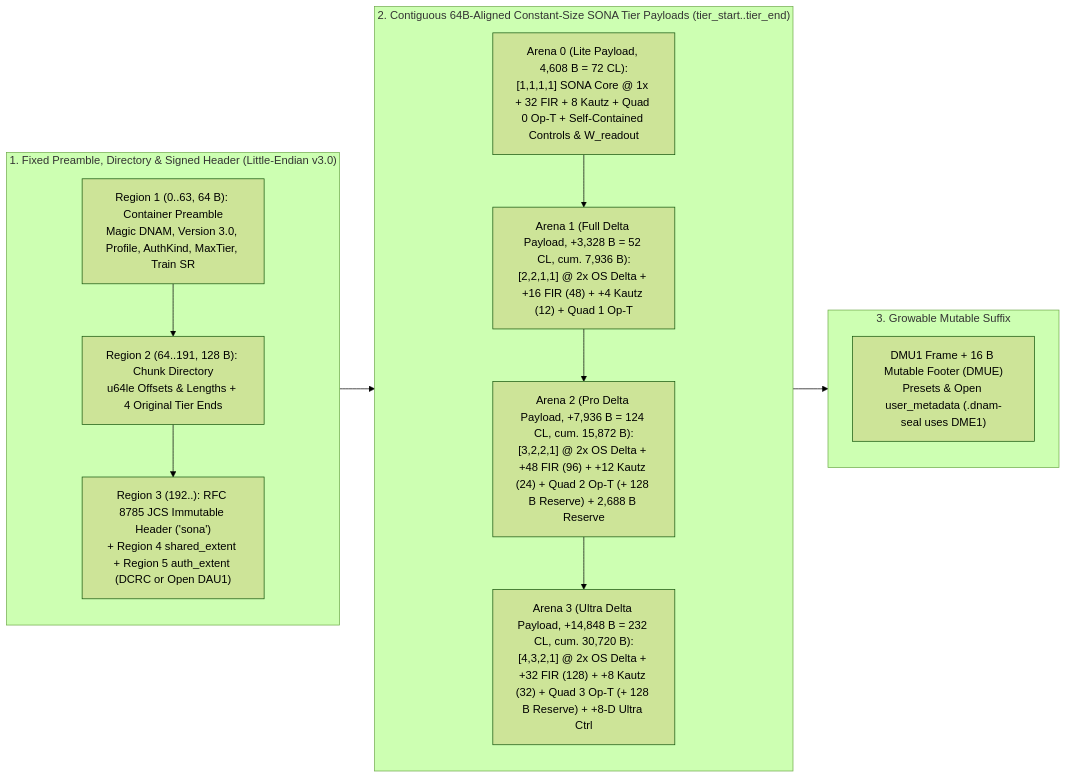
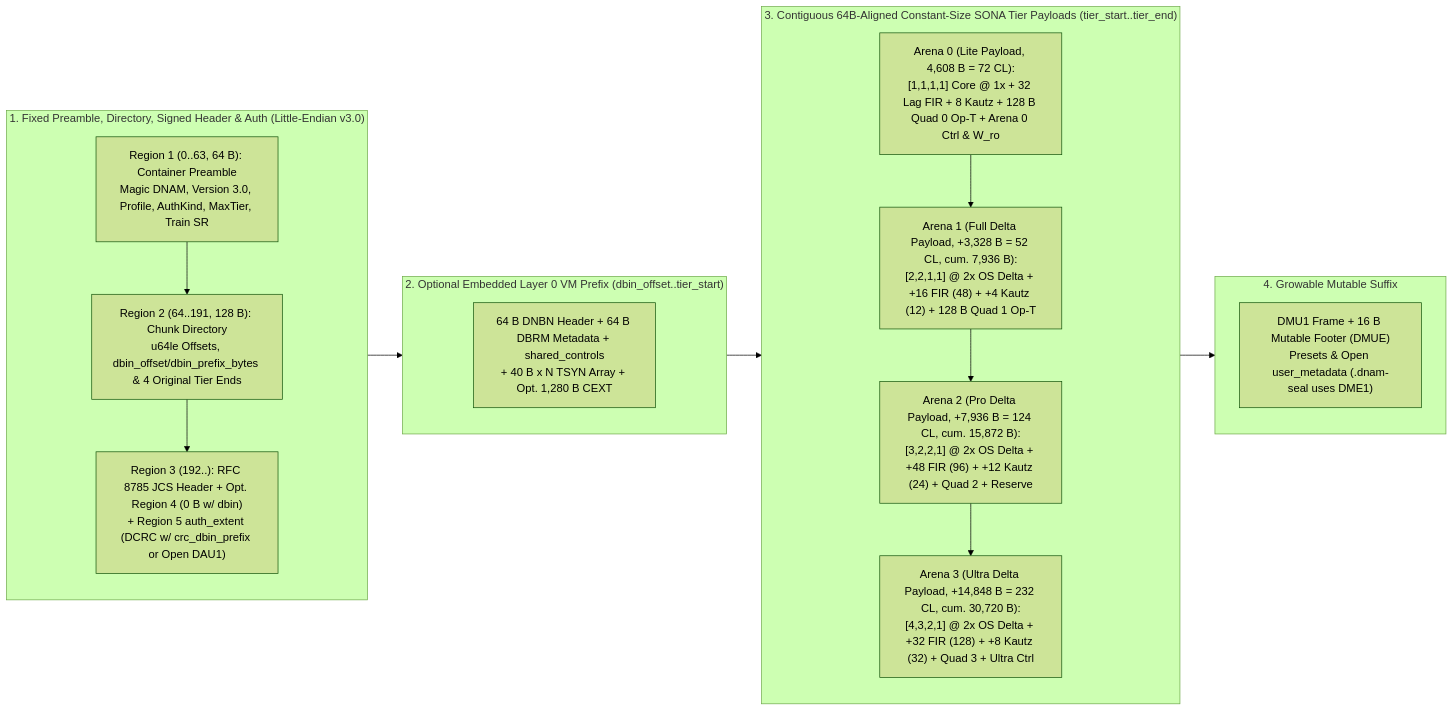
One commit to mokugen/dnam changed the diagram in docs/specs/containers/dnam_binary_format.md. Above: the diagram before and after it, drawn with Mermaid (forest theme). The commit also changed other lines of this file and 34 other files, not shown here.

````diff
--- a/docs/specs/containers/dnam_binary_format.md
+++ b/docs/specs/containers/dnam_binary_format.md
@@ -54,25 +57,29 @@
 ```mermaid
 flowchart LR
-    subgraph Header ["1. Fixed Preamble, Directory & Signed Header (Little-Endian v3.0)"]
+    subgraph Header ["1. Fixed Preamble, Directory, Signed Header & Auth (Little-Endian v3.0)"]
         direction TB
         P["Region 1 (0..63, 64 B): Container Preamble<br/>Magic DNAM, Version 3.0, Profile, AuthKind, MaxTier, Train SR"]
-        D["Region 2 (64..191, 128 B): Chunk Directory<br/>u64le Offsets & Lengths + 4 Original Tier Ends"]
-        H["Region 3 (192..): RFC 8785 JCS Immutable Header ('sona')<br/>+ Region 4 shared_extent + Region 5 auth_extent (DCRC or Open DAU1)"]
+        D["Region 2 (64..191, 128 B): Chunk Directory<br/>u64le Offsets, dbin_offset/dbin_prefix_bytes & 4 Original Tier Ends"]
+        H["Region 3 (192..): RFC 8785 JCS Header + Opt. Region 4 (0 B w/ dbin)<br/>+ Region 5 auth_extent (DCRC w/ crc_dbin_prefix or Open DAU1)"]
         P --> D --> H
     end
 
-    subgraph Arenas ["2. Contiguous 64B-Aligned Constant-Size SONA Tier Payloads (tier_start..tier_end)"]
+    subgraph DbinPrefix ["2. Optional Embedded Layer 0 VM Prefix (dbin_offset..tier_start)"]
+        DB["64 B DNBN Header + 64 B DBRM Metadata + shared_controls<br/>+ 40 B x N TSYN Array + Opt. 1,280 B CEXT"]
+    end
+
+    subgraph Arenas ["3. Contiguous 64B-Aligned Constant-Size SONA Tier Payloads (tier_start..tier_end)"]
         direction TB
-        A0["Arena 0 (Lite Payload, 4,608 B = 72 CL):<br/>[1,1,1,1] SONA Core @ 1x + 32 FIR + 8 Kautz + Quad 0 Op-T + Self-Contained Controls & W_readout"]
-        A1["Arena 1 (Full Delta Payload, +3,328 B = 52 CL, cum. 7,936 B):<br/>[2,2,1,1] @ 2x OS Delta + +16 FIR (48) + +4 Kautz (12) + Quad 1 Op-T"]
-        A2["Arena 2 (Pro Delta Payload, +7,936 B = 124 CL, cum. 15,872 B):<br/>[3,2,2,1] @ 2x OS Delta + +48 FIR (96) + +12 Kautz (24) + Quad 2 Op-T (+ 128 B Reserve) + 2,688 B Reserve"]
-        A3["Arena 3 (Ultra Delta Payload, +14,848 B = 232 CL, cum. 30,720 B):<br/>[4,3,2,1] @ 2x OS Delta + +32 FIR (128) + +8 Kautz (32) + Quad 3 Op-T (+ 128 B Reserve) + +8-D Ultra Ctrl"]
+        A0["Arena 0 (Lite Payload, 4,608 B = 72 CL):<br/>[1,1,1,1] Core @ 1x + 32 Lag FIR + 8 Kautz + 128 B Quad 0 Op-T + Arena 0 Ctrl & W_ro"]
+        A1["Arena 1 (Full Delta Payload, +3,328 B = 52 CL, cum. 7,936 B):<br/>[2,2,1,1] @ 2x OS Delta + +16 FIR (48) + +4 Kautz (12) + 128 B Quad 1 Op-T"]
+        A2["Arena 2 (Pro Delta Payload, +7,936 B = 124 CL, cum. 15,872 B):<br/>[3,2,2,1] @ 2x OS Delta + +48 FIR (96) + +12 Kautz (24) + Quad 2 + Reserve"]
+        A3["Arena 3 (Ultra Delta Payload, +14,848 B = 232 CL, cum. 30,720 B):<br/>[4,3,2,1] @ 2x OS Delta + +32 FIR (128) + +8 Kautz (32) + Quad 3 + Ultra Ctrl"]
         A0 --> A1 --> A2 --> A3
     end
 
-    subgraph Suffix ["3. Growable Mutable Suffix"]
+    subgraph Suffix ["4. Growable Mutable Suffix"]
         M["DMU1 Frame + 16 B Mutable Footer (DMUE)<br/>Presets & Open user_metadata (.dnam-seal uses DME1)"]
     end
 
-    Header --> Arenas --> Suffix
+    Header --> DbinPrefix --> Arenas --> Suffix
 ```
````
